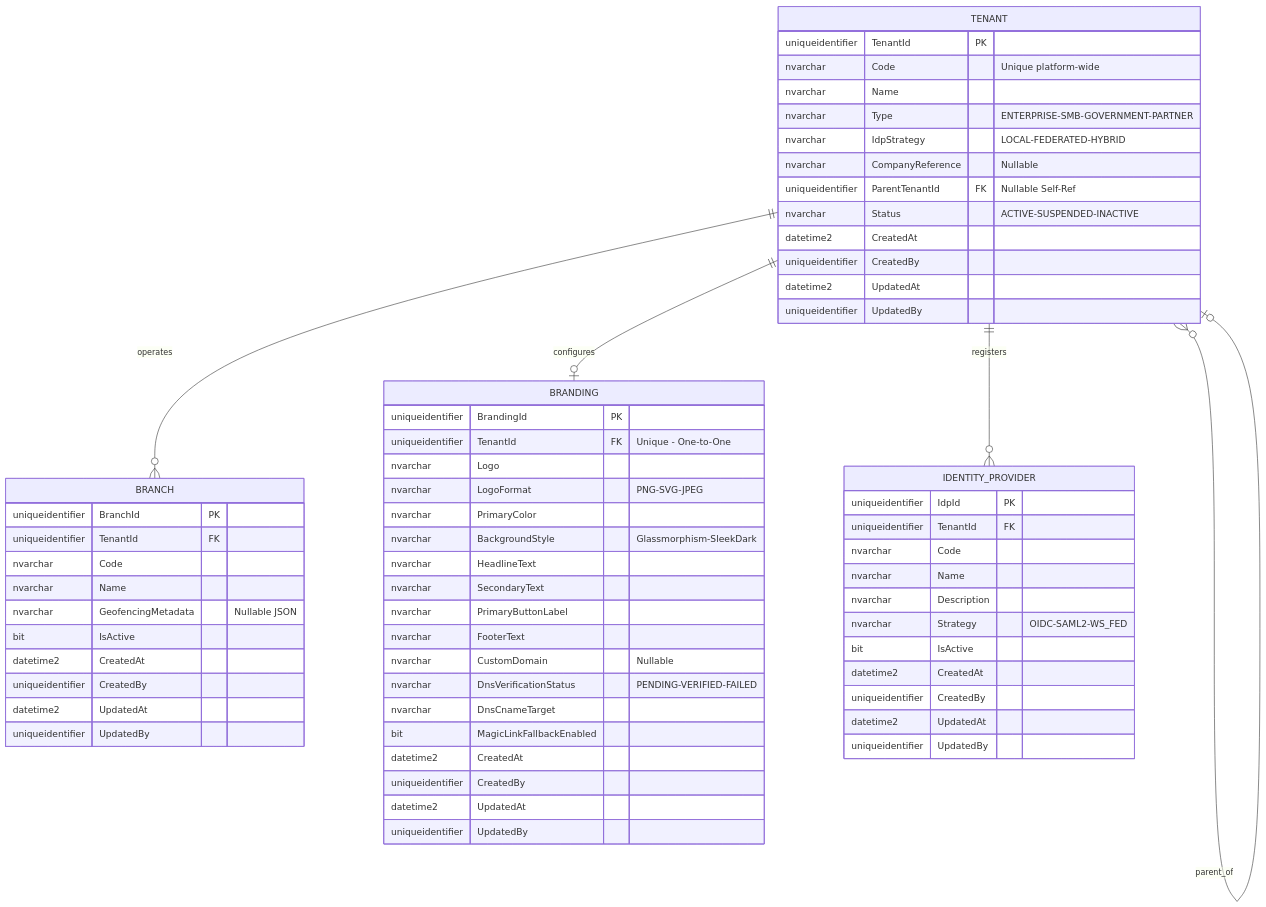
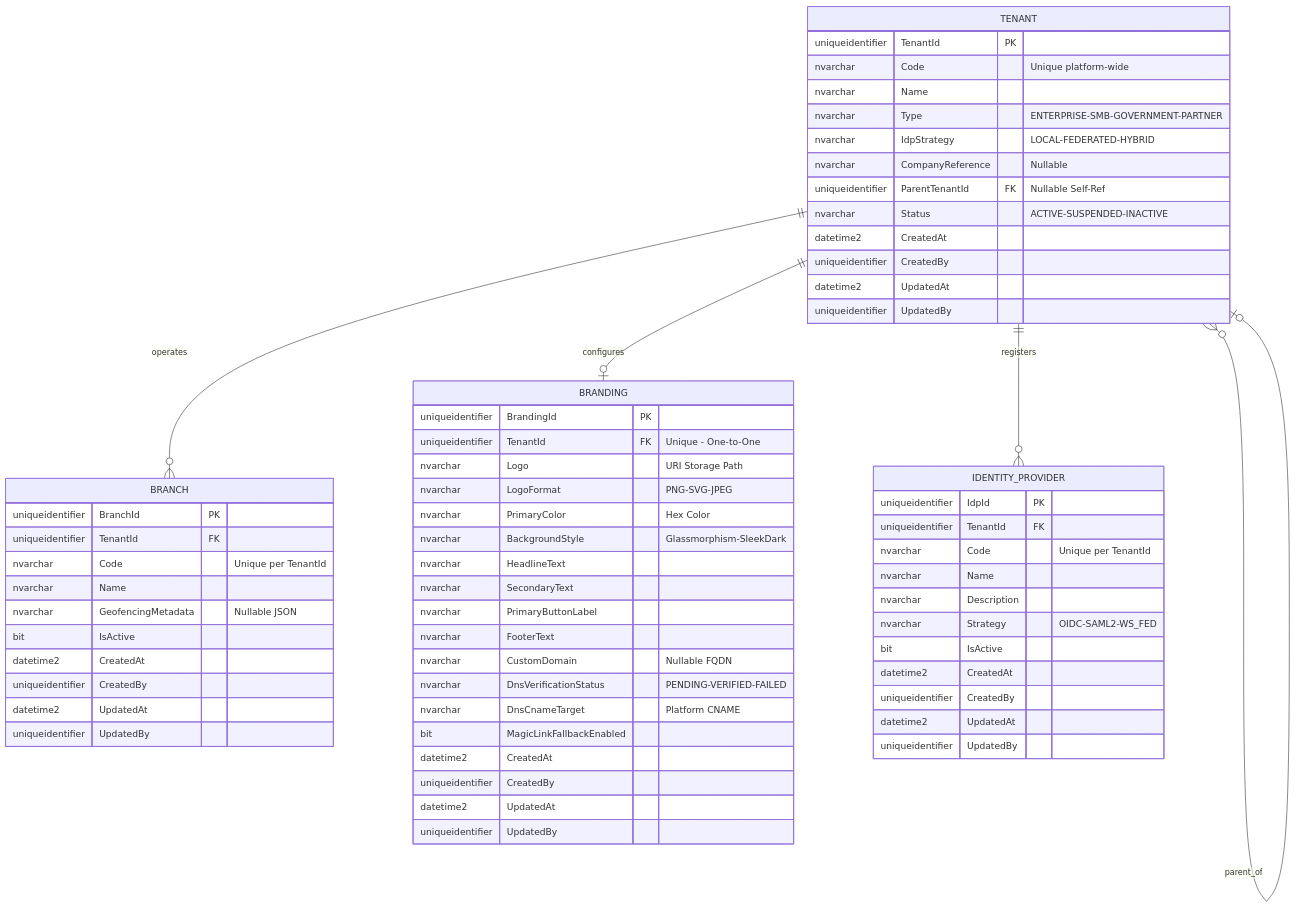
Before and after one commit to beyondnetcode/ums: the fifth of 6 diagrams in docs/domain/identity/tenant.md, drawn with Mermaid. The commit also changed other lines of this file and 19 other files, not shown here.

````diff
--- a/docs/domain/identity/tenant.md
+++ b/docs/domain/identity/tenant.md
@@ -226,70 +246,70 @@
 ```mermaid
 erDiagram
     TENANT ||--o{ BRANCH : "operates"
     TENANT ||--o| BRANDING : "configures"
     TENANT ||--o{ IDENTITY_PROVIDER : "registers"
     TENANT }o--o| TENANT : "parent_of"
 
     TENANT {
         uniqueidentifier TenantId PK
         nvarchar Code "Unique platform-wide"
         nvarchar Name
         nvarchar Type "ENTERPRISE-SMB-GOVERNMENT-PARTNER"
         nvarchar IdpStrategy "LOCAL-FEDERATED-HYBRID"
         nvarchar CompanyReference "Nullable"
         uniqueidentifier ParentTenantId FK "Nullable Self-Ref"
         nvarchar Status "ACTIVE-SUSPENDED-INACTIVE"
         datetime2 CreatedAt
         uniqueidentifier CreatedBy
         datetime2 UpdatedAt
         uniqueidentifier UpdatedBy
     }
 
     BRANCH {
         uniqueidentifier BranchId PK
         uniqueidentifier TenantId FK
-        nvarchar Code
+        nvarchar Code "Unique per TenantId"
         nvarchar Name
         nvarchar GeofencingMetadata "Nullable JSON"
         bit IsActive
         datetime2 CreatedAt
         uniqueidentifier CreatedBy
         datetime2 UpdatedAt
         uniqueidentifier UpdatedBy
     }
 
     BRANDING {
         uniqueidentifier BrandingId PK
         uniqueidentifier TenantId FK "Unique - One-to-One"
-        nvarchar Logo
+        nvarchar Logo "URI Storage Path"
         nvarchar LogoFormat "PNG-SVG-JPEG"
-        nvarchar PrimaryColor
+        nvarchar PrimaryColor "Hex Color"
         nvarchar BackgroundStyle "Glassmorphism-SleekDark"
         nvarchar HeadlineText
         nvarchar SecondaryText
         nvarchar PrimaryButtonLabel
         nvarchar FooterText
-        nvarchar CustomDomain "Nullable"
+        nvarchar CustomDomain "Nullable FQDN"
         nvarchar DnsVerificationStatus "PENDING-VERIFIED-FAILED"
-        nvarchar DnsCnameTarget
+        nvarchar DnsCnameTarget "Platform CNAME"
         bit MagicLinkFallbackEnabled
         datetime2 CreatedAt
         uniqueidentifier CreatedBy
         datetime2 UpdatedAt
         uniqueidentifier UpdatedBy
     }
 
     IDENTITY_PROVIDER {
         uniqueidentifier IdpId PK
         uniqueidentifier TenantId FK
-        nvarchar Code
+        nvarchar Code "Unique per TenantId"
         nvarchar Name
         nvarchar Description
         nvarchar Strategy "OIDC-SAML2-WS_FED"
         bit IsActive
         datetime2 CreatedAt
         uniqueidentifier CreatedBy
         datetime2 UpdatedAt
         uniqueidentifier UpdatedBy
     }
 ```
````
